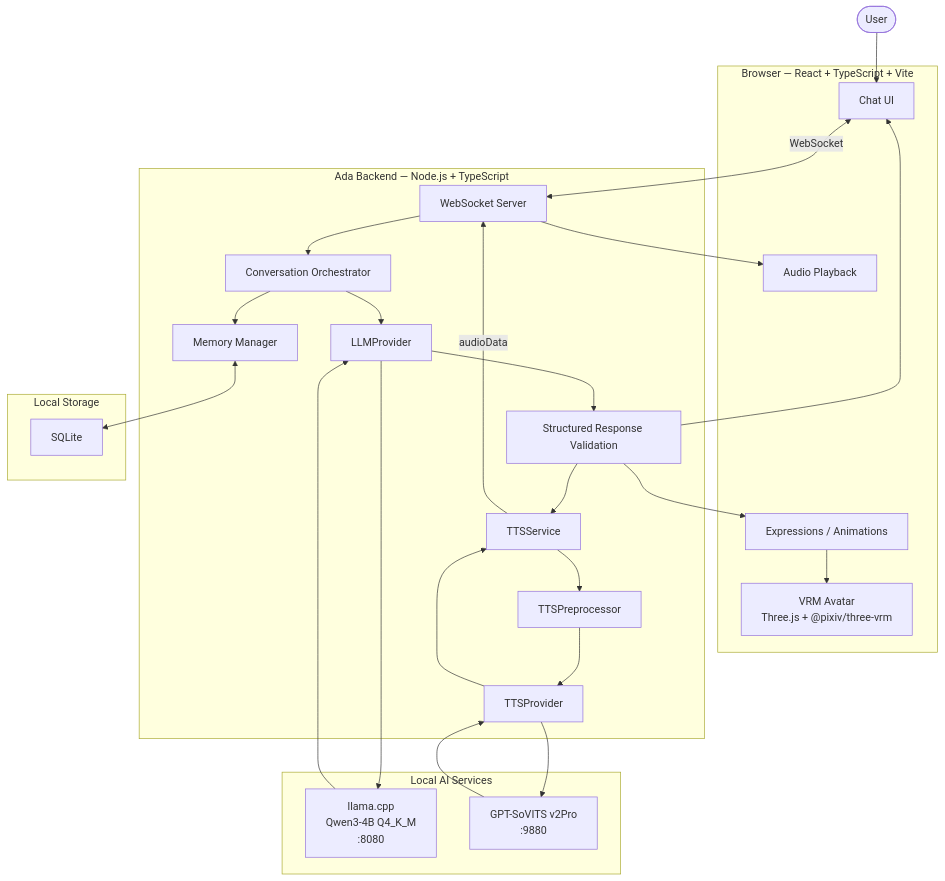
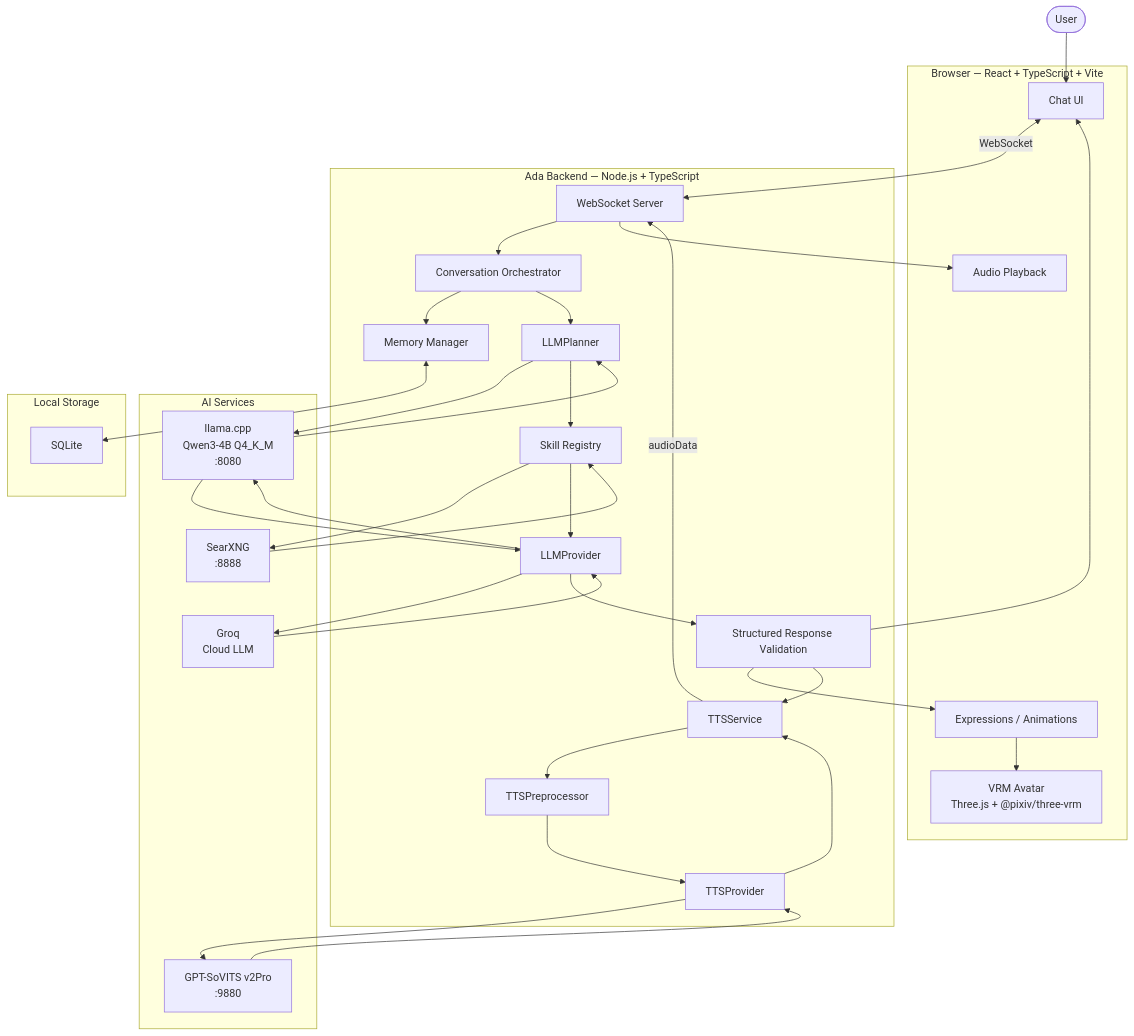
One commit to sauravshinde007/ada-project changed the diagram in README.md. Above: the diagram before and after it, drawn with Mermaid. The commit also changed other lines of this file and 30 other files, not shown here.

Commit message:
added LLM-Deciding and skills

````diff
--- a/README.md
+++ b/README.md
@@ -293,58 +339,71 @@
 ```mermaid
 flowchart TB
     USER([User])
 
     subgraph FRONTEND["Browser — React + TypeScript + Vite"]
         CHAT["Chat UI"]
         AVATAR["VRM Avatar<br/>Three.js + @pixiv/three-vrm"]
         EXPRESSIONS["Expressions / Animations"]
         AUDIO["Audio Playback"]
     end
 
     subgraph BACKEND["Ada Backend — Node.js + TypeScript"]
         WS["WebSocket Server"]
         CONV["Conversation Orchestrator"]
         MEMORY["Memory Manager"]
         STRUCT["Structured Response Validation"]
+        PLANNER["LLMPlanner"]
+        SKILLS["Skill Registry"]
         LLM_PROVIDER["LLMProvider"]
         TTS["TTSService"]
         PRE["TTSPreprocessor"]
         TTS_PROVIDER["TTSProvider"]
     end
 
-    subgraph AI["Local AI Services"]
+    subgraph AI["AI Services"]
         LLAMA["llama.cpp<br/>Qwen3-4B Q4_K_M<br/>:8080"]
+        SEARX["SearXNG<br/>:8888"]
+        GROQ["Groq<br/>Cloud LLM"]
         GPT["GPT-SoVITS v2Pro<br/>:9880"]
     end
 
     subgraph STORAGE["Local Storage"]
         SQLITE["SQLite"]
     end
 
     USER --> CHAT
     CHAT <-->|WebSocket| WS
     WS --> CONV
 
     CONV --> MEMORY
     MEMORY <--> SQLITE
 
-    CONV --> LLM_PROVIDER
+    CONV --> PLANNER
+    PLANNER --> LLAMA
+    LLAMA --> PLANNER
+
+    PLANNER --> SKILLS
+    SKILLS --> SEARX
+    SEARX --> SKILLS
+    SKILLS --> LLM_PROVIDER
+    LLM_PROVIDER --> GROQ
+    GROQ --> LLM_PROVIDER
     LLM_PROVIDER --> LLAMA
     LLAMA --> LLM_PROVIDER
 
     LLM_PROVIDER --> STRUCT
 
     STRUCT --> CHAT
     STRUCT --> EXPRESSIONS
     EXPRESSIONS --> AVATAR
 
     STRUCT --> TTS
     TTS --> PRE
     PRE --> TTS_PROVIDER
     TTS_PROVIDER --> GPT
     GPT --> TTS_PROVIDER
     TTS_PROVIDER --> TTS
 
     TTS -->|audioData| WS
     WS --> AUDIO
 ```
````
